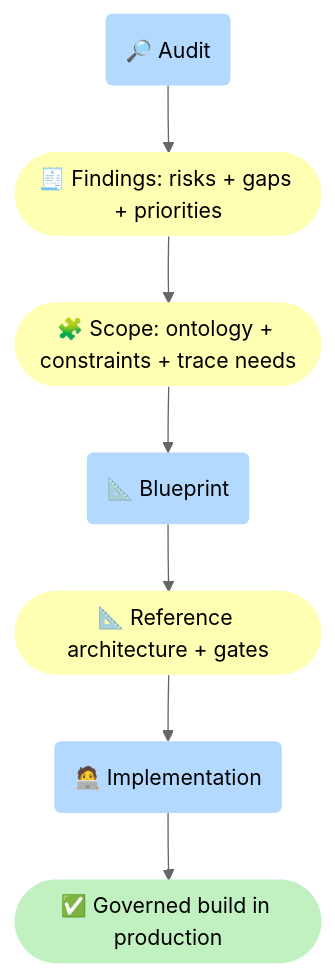
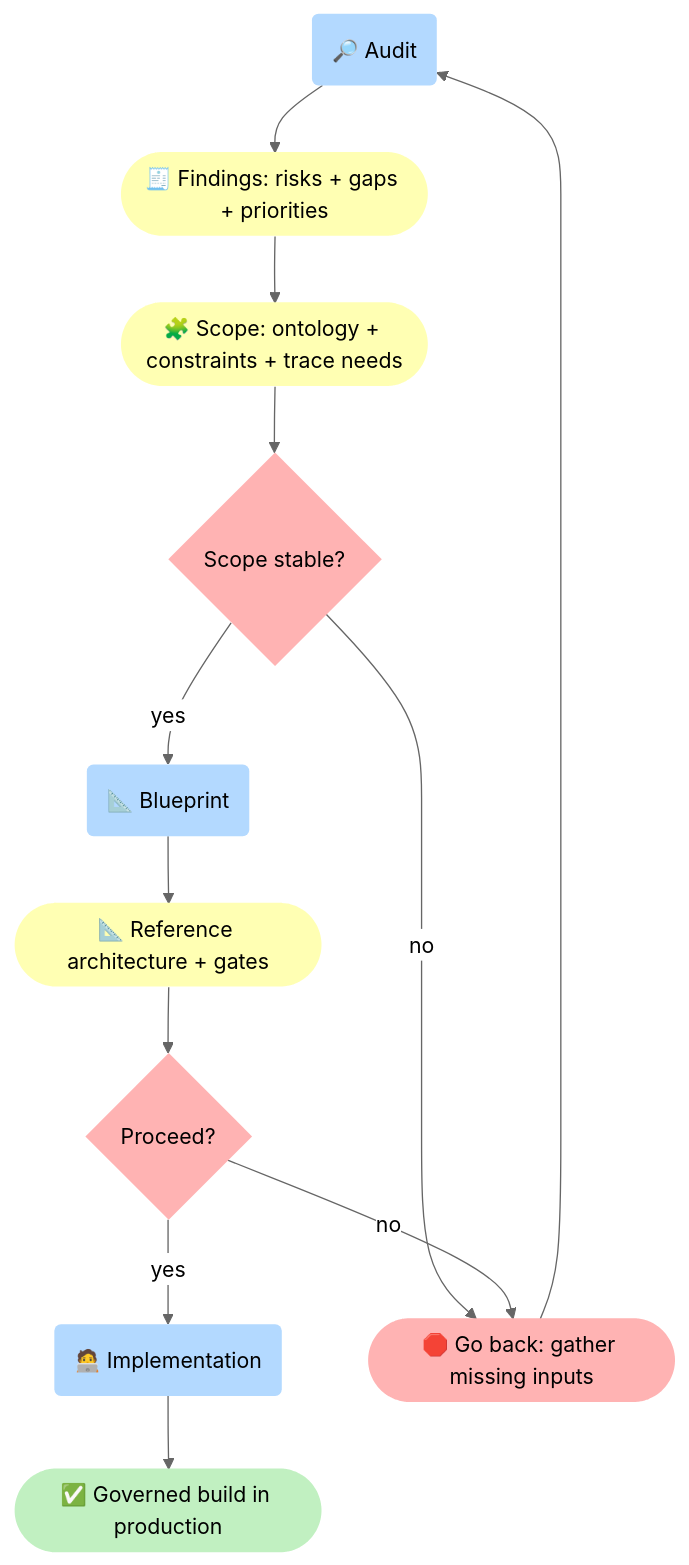
One commit to 5Reasons/5reasons.github.io changed the second of 2 diagrams in docs/services/epistemic-audit.md. Above: the diagram before and after it, drawn with Mermaid (neutral theme). The commit also changed other lines of this file and 11 other files, not shown here.

````diff
--- a/docs/services/epistemic-audit.md
+++ b/docs/services/epistemic-audit.md
@@ -126,24 +141,32 @@
 ```mermaid
 flowchart TB
 %% Styles (brModel Standard)
 classDef i fill:#D3D3D3,stroke-width:0px,color:#000;
 classDef p fill:#B3D9FF,stroke-width:0px,color:#000;
 classDef r fill:#FFFFB3,stroke-width:0px,color:#000;
 classDef o fill:#C1F0C1,stroke-width:0px,color:#000;
 classDef s fill:#FFB3B3,stroke-width:0px,color:#000;
 
 P_Audit("🔎 Audit"):::p
 R_Find(["🧾 Findings: risks + gaps + priorities"]):::r
 R_Scope(["🧩 Scope: ontology + constraints + trace needs"]):::r
+G_Scope{"Scope stable?"}:::s
 P_Blue("📐 Blueprint"):::p
 R_Arch(["📐 Reference architecture + gates"]):::r
+G_Go{"Proceed?"}:::s
 P_Impl("🧑‍💻 Implementation"):::p
 O_Ship(["✅ Governed build in production"]):::o
 
-P_Audit --> R_Find --> R_Scope --> P_Blue --> R_Arch --> P_Impl --> O_Ship
+S_Back(["🛑 Go back: gather missing inputs"]):::s
+
+P_Audit --> R_Find --> R_Scope --> G_Scope
+G_Scope -->|"no"| S_Back --> P_Audit
+G_Scope -->|"yes"| P_Blue --> R_Arch --> G_Go
+G_Go -->|"no"| S_Back
+G_Go -->|"yes"| P_Impl --> O_Ship
 
 %% Clickable nodes
 click P_Blue "/services/blueprint/" "Architecture Blueprint"
 click P_Impl "/services/implementation/" "Implementation"
 click R_Scope "/methodology/core-primitives/" "Core primitives"
 ```
````
